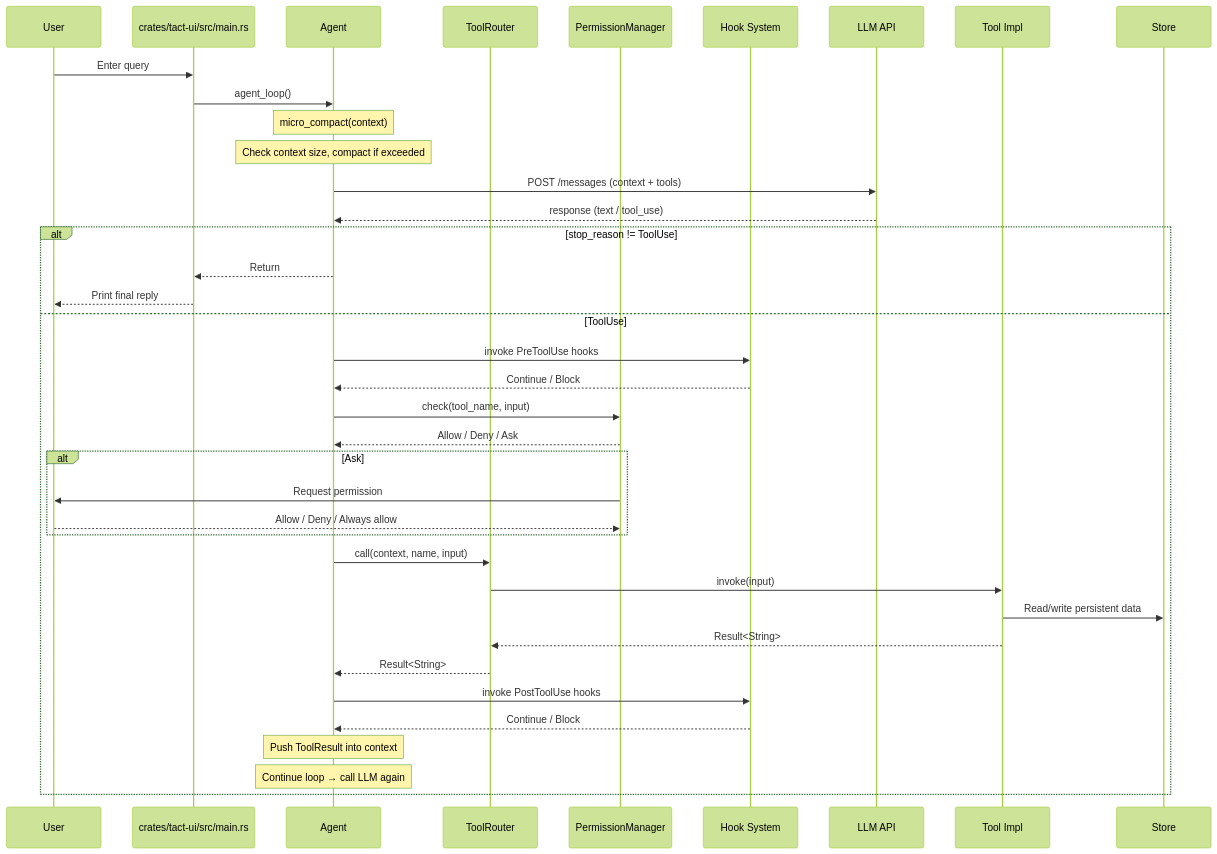
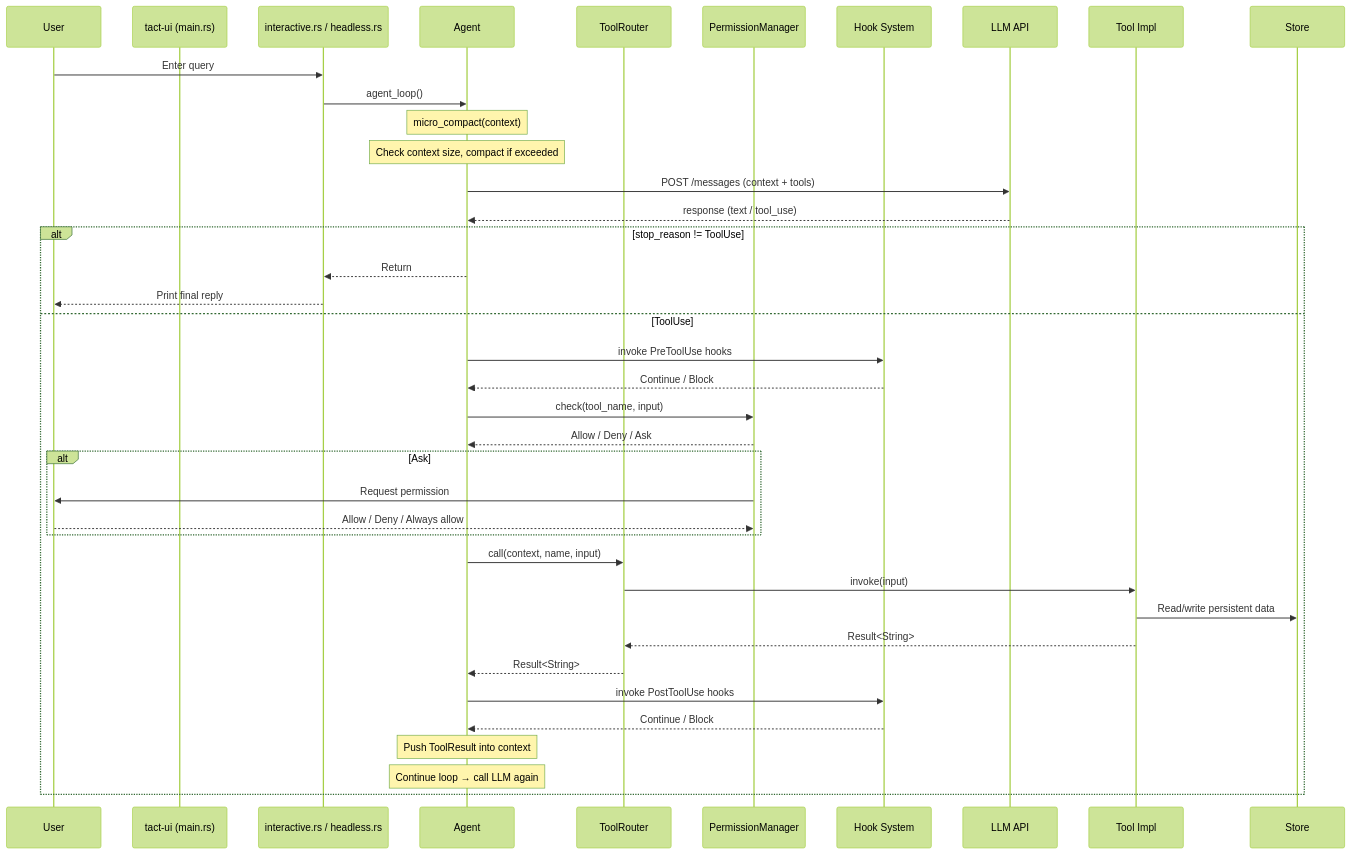
One commit to rust-infra/tact changed the second of 2 diagrams in crates/tact/architecture.md. Above: the diagram before and after it, drawn with Mermaid (forest theme). The commit also changed other lines of this file and 25 other files, not shown here.

````diff
--- a/crates/tact/architecture.md
+++ b/crates/tact/architecture.md
@@ -138,47 +140,48 @@
 ```mermaid
 sequenceDiagram
     participant User as User
-    participant Main as crates/tact-ui/src/main.rs
+    participant Main as tact-ui (main.rs)
+    participant Session as interactive.rs / headless.rs
     participant Agent as Agent
     participant Router as ToolRouter
     participant Perm as PermissionManager
     participant Hooks as Hook System
     participant LLM as LLM API
     participant Tool as Tool Impl
     participant Store as Store
 
-    User->>Main: Enter query
-    Main->>Agent: agent_loop()
+    User->>Session: Enter query
+    Session->>Agent: agent_loop()
     Note over Agent: micro_compact(context)
     Note over Agent: Check context size, compact if exceeded
 
     Agent->>LLM: POST /messages (context + tools)
     LLM-->>Agent: response (text / tool_use)
 
     alt stop_reason != ToolUse
-        Agent-->>Main: Return
-        Main-->>User: Print final reply
+        Agent-->>Session: Return
+        Session-->>User: Print final reply
     else ToolUse
         Agent->>Hooks: invoke PreToolUse hooks
         Hooks-->>Agent: Continue / Block
 
         Agent->>Perm: check(tool_name, input)
         Perm-->>Agent: Allow / Deny / Ask
         alt Ask
             Perm->>User: Request permission
             User-->>Perm: Allow / Deny / Always allow
         end
 
         Agent->>Router: call(context, name, input)
         Router->>Tool: invoke(input)
         Tool->>Store: Read/write persistent data
         Tool-->>Router: Result<String>
         Router-->>Agent: Result<String>
 
         Agent->>Hooks: invoke PostToolUse hooks
         Hooks-->>Agent: Continue / Block
 
         Note over Agent: Push ToolResult into context
         Note over Agent: Continue loop → call LLM again
     end
 ```
````
